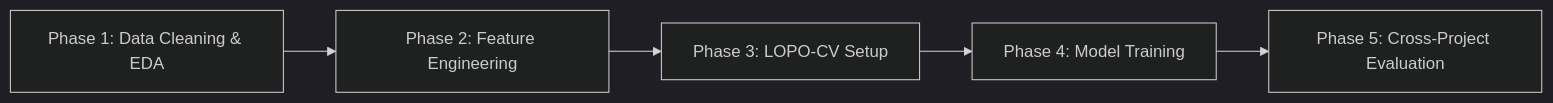
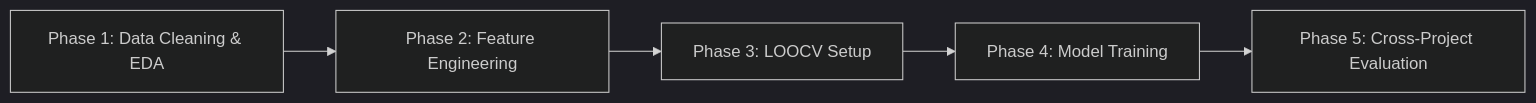
Before and after one commit to BimaJatiKusuma/its-rpl-a01-flakytest: the diagram in Experiment_Ali/README.md, drawn with Mermaid (dark theme). The commit also changed other lines of this file and 3 other files, not shown here.

````diff
--- a/Experiment_Ali/README.md
+++ b/Experiment_Ali/README.md
@@ -68,7 +68,7 @@
 ```mermaid
 flowchart LR
     P1["Phase 1: Data Cleaning & EDA"] --> P2["Phase 2: Feature Engineering"]
-    P2 --> P3["Phase 3: LOPO-CV Setup"]
+    P2 --> P3["Phase 3: LOOCV Setup"]
     P3 --> P4["Phase 4: Model Training"]
     P4 --> P5["Phase 5: Cross-Project Evaluation"]
 ```
````
